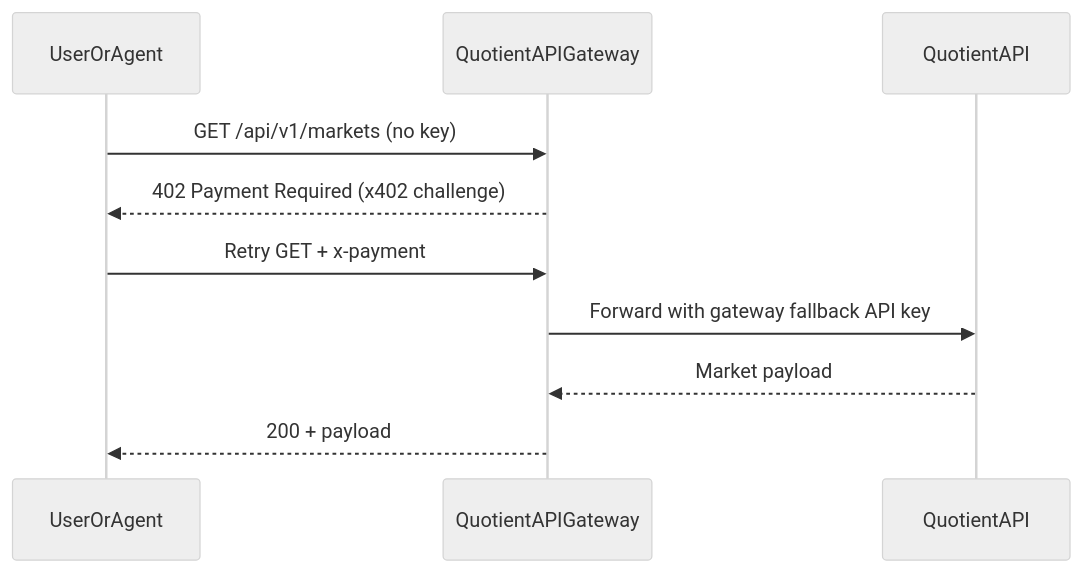
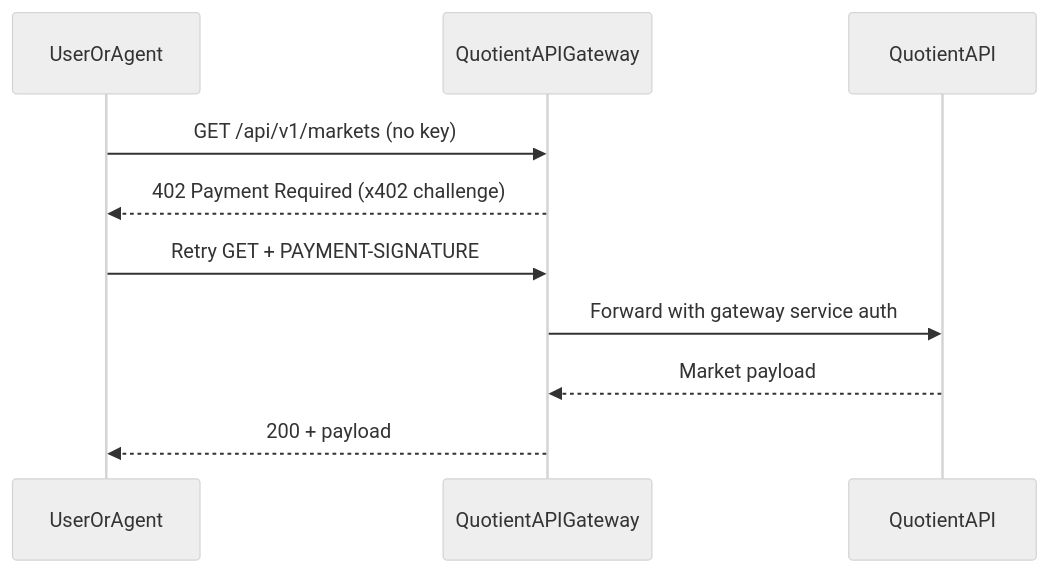
One commit to Quotient-Solutions-Inc/quotient-api-gateway changed the second of 3 diagrams in README.md. Above: the diagram before and after it, drawn with Mermaid (neutral theme). The commit also changed other lines of this file and 15 other files, not shown here.

````diff
--- a/README.md
+++ b/README.md
@@ -52,13 +70,13 @@
 ```mermaid
 sequenceDiagram
     participant Agent as UserOrAgent
     participant Gateway as QuotientAPIGateway
     participant API as QuotientAPI
 
     Agent->>Gateway: GET /api/v1/markets (no key)
     Gateway-->>Agent: 402 Payment Required (x402 challenge)
-    Agent->>Gateway: Retry GET + x-payment
-    Gateway->>API: Forward with gateway fallback API key
+    Agent->>Gateway: Retry GET + PAYMENT-SIGNATURE
+    Gateway->>API: Forward with gateway service auth
     API-->>Gateway: Market payload
     Gateway-->>Agent: 200 + payload
 ```
````
